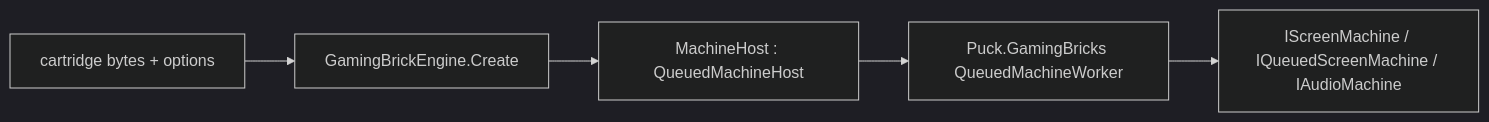
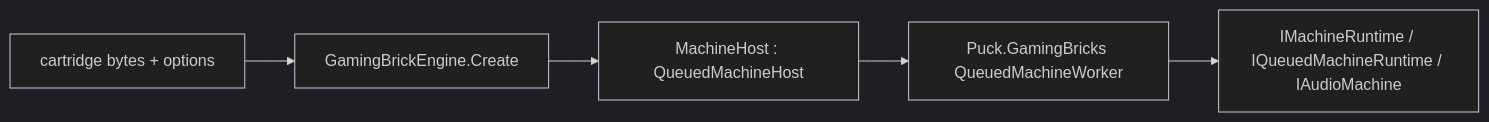
One commit to ByteTerrace/Puck changed the diagram in src/Puck.HumbleGamingBrick/README.md. Above: the diagram before and after it, drawn with Mermaid (dark theme). The commit also changed other lines of this file and 316 other files, not shown here.

````diff
--- a/src/Puck.HumbleGamingBrick/README.md
+++ b/src/Puck.HumbleGamingBrick/README.md
@@ -41,7 +41,7 @@
 ```mermaid
 flowchart LR
     Bytes["cartridge bytes + options"] --> Engine["GamingBrickEngine.Create"]
     Engine --> Host["MachineHost : QueuedMachineHost"]
     Host --> Worker["Puck.GamingBricks QueuedMachineWorker"]
-    Worker --> Surface["IScreenMachine / IQueuedScreenMachine / IAudioMachine"]
+    Worker --> Surface["IMachineRuntime / IQueuedMachineRuntime / IAudioMachine"]
 ```
````
